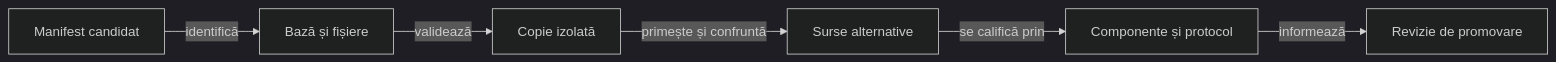
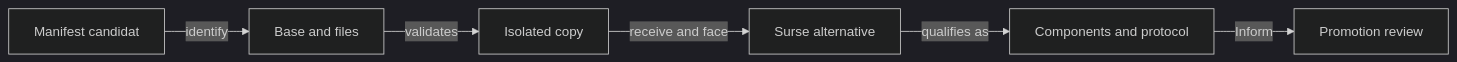
Before and after one commit to crististefanita/atf_j4: the diagram in whist-lab-app/ai-lab/experiments/bid-models/README.md, drawn with Mermaid (dark theme). The commit also changed other lines of this file and 122 other files, not shown here.

````diff
--- a/whist-lab-app/ai-lab/experiments/bid-models/README.md
+++ b/whist-lab-app/ai-lab/experiments/bid-models/README.md
@@ -19,8 +19,8 @@
 ```mermaid
 flowchart LR
-    CATALOG[Manifest candidat] -->|identifică| BASE[Bază și fișiere]
-    BASE -->|validează| COPY[Copie izolată]
-    COPY -->|primește și confruntă| SOURCE[Surse alternative]
-    SOURCE -->|se califică prin| CHECK[Componente și protocol]
-    CHECK -->|informează| REVIEW[Revizie de promovare]
+    CATALOG[Manifest candidat] -->|identify| BASE[Base and files]
+    BASE -->|validates| COPY[Isolated copy]
+    COPY -->|receive and face| SOURCE[Surse alternative]
+    SOURCE -->|qualifies as| CHECK[Components and protocol]
+    CHECK -->|Inform| REVIEW[Promotion review]
 ```
````
